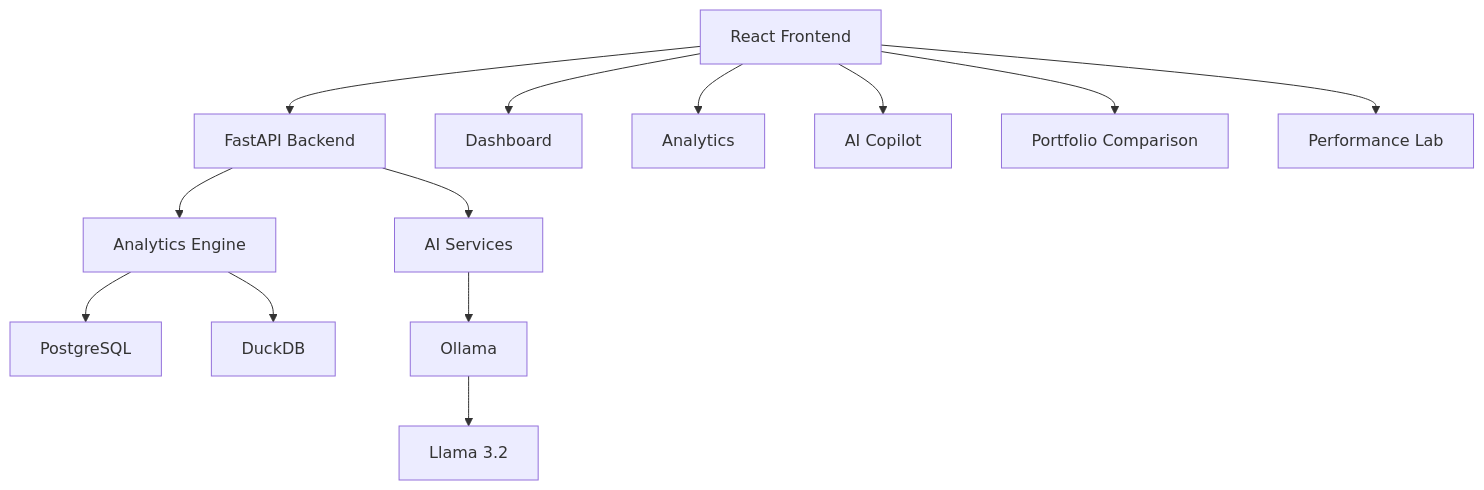
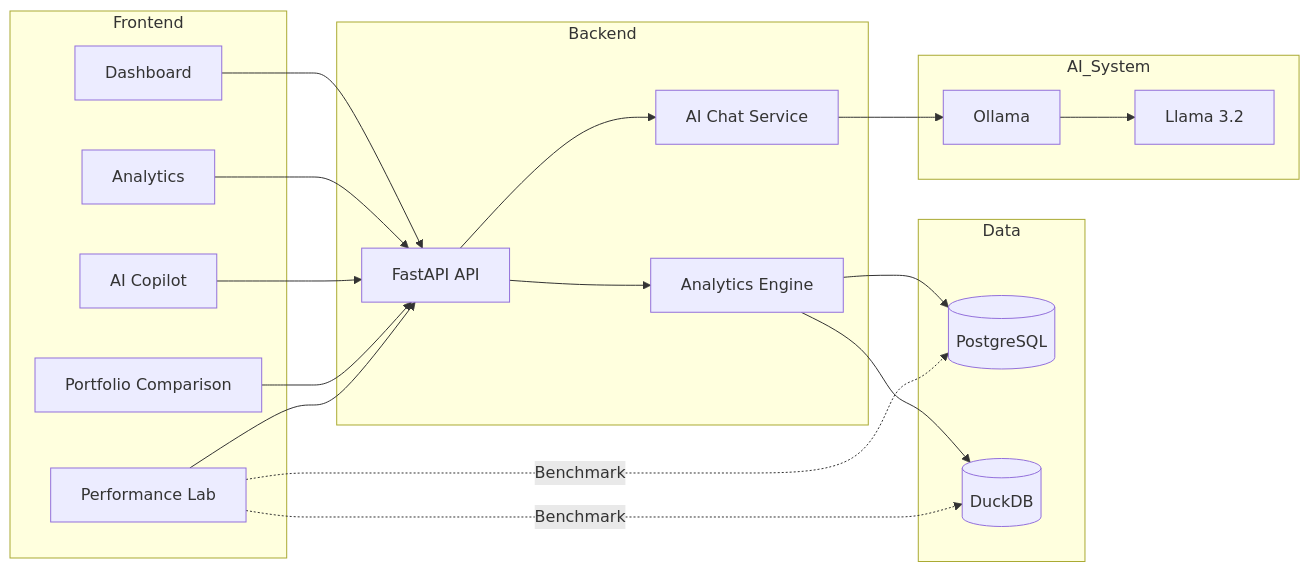
The diagram in README.md (itzjiawei/investment-risk-platform), drawn with Mermaid before and after one commit.

Commit message:
better diagram

````diff
--- a/README.md
+++ b/README.md
@@ -89,22 +89,45 @@
 ```mermaid
-flowchart TD
+flowchart LR
 
-    A[React Frontend]
+    subgraph Frontend
+        D[Dashboard]
+        AN[Analytics]
+        AI[AI Copilot]
+        PC[Portfolio Comparison]
+        PL[Performance Lab]
+    end
 
-    A --> B[FastAPI Backend]
+    subgraph Backend
+        API[FastAPI API]
+        AE[Analytics Engine]
+        CHAT[AI Chat Service]
+    end
 
-    B --> C[Analytics Engine]
-    B --> D[AI Services]
+    subgraph Data
+        PG[(PostgreSQL)]
+        DD[(DuckDB)]
+    end
 
-    C --> E[PostgreSQL]
-    C --> F[DuckDB]
+    subgraph AI_System
+        O[Ollama]
+        L[Llama 3.2]
+    end
 
-    D --> G[Ollama]
-    G --> H[Llama 3.2]
+    D --> API
+    AN --> API
+    AI --> API
+    PC --> API
+    PL --> API
 
-    A --> A1[Dashboard]
-    A --> A2[Analytics]
-    A --> A3[AI Copilot]
-    A --> A4[Portfolio Comparison]
-    A --> A5[Performance Lab]
+    API --> AE
+    API --> CHAT
+
+    AE --> PG
+    AE --> DD
+
+    PL -. Benchmark .-> PG
+    PL -. Benchmark .-> DD
+
+    CHAT --> O
+    O --> L
 ```
````
